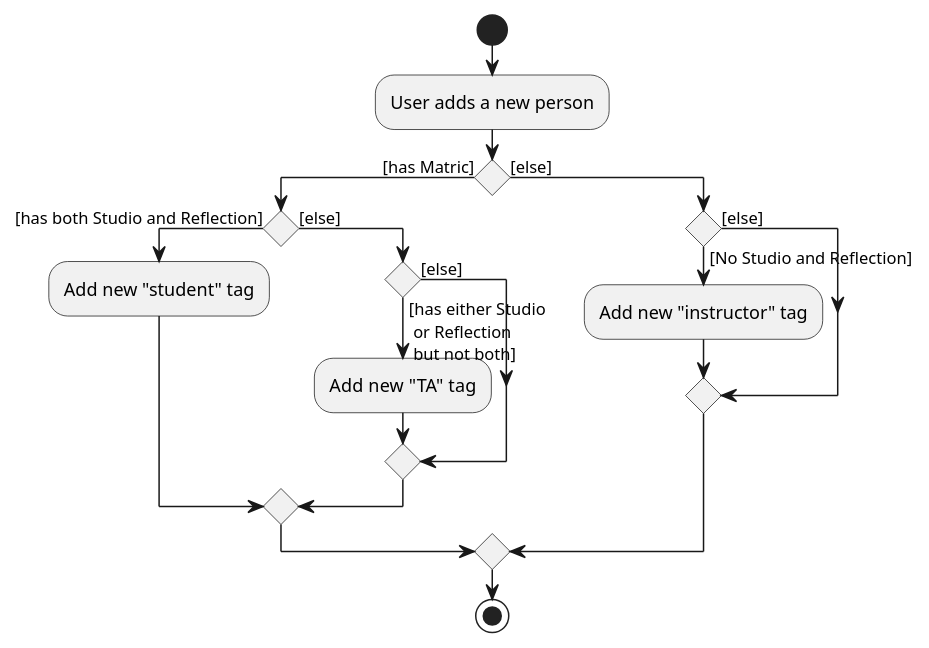
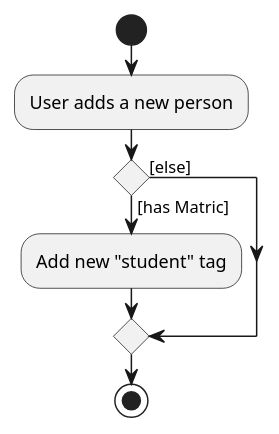
Before and after one commit to AY2324S2-CS2103T-T10-1/tp: the diagram in diagrams/AutomaticTaggingActivityDiagram.puml, drawn with PlantUML. The commit also changed 31 other files, not shown here.

```diff
--- a/diagrams/AutomaticTaggingActivityDiagram.puml
+++ b/diagrams/AutomaticTaggingActivityDiagram.puml
@@ -1,21 +1,10 @@
 @startuml
 start
 :User adds a new person;
 
 if () then ([has Matric])
-  if () is ([has both Studio and Reflection]) then
     :Add new "student" tag;
-  else ([else])
-    if () is ([has either Studio \n or Reflection \n but not both]) then
-      :Add new "TA" tag;
-    else ([else])
-    endif
-  endif
 else ([else])
-  if () is ([No Studio and Reflection]) then
-    :Add new "instructor" tag;
-  else ([else])
-  endif
 endif
 stop
 @enduml
```
